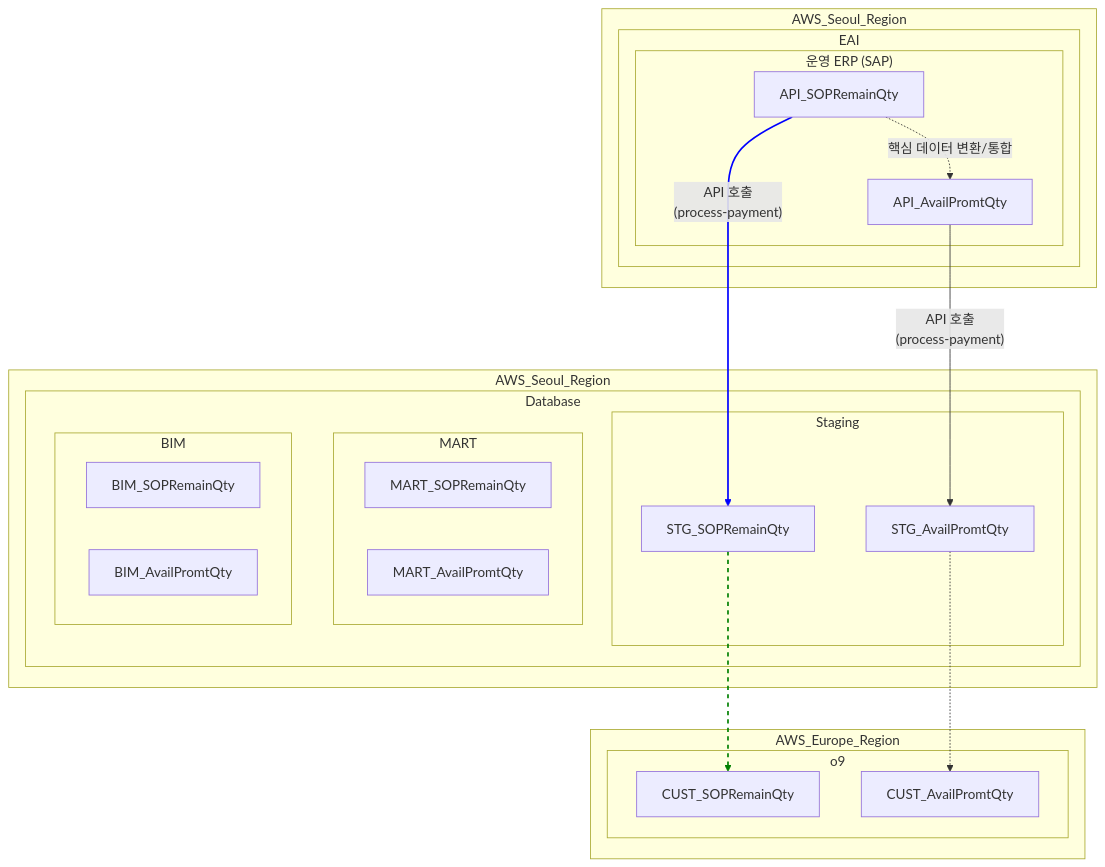
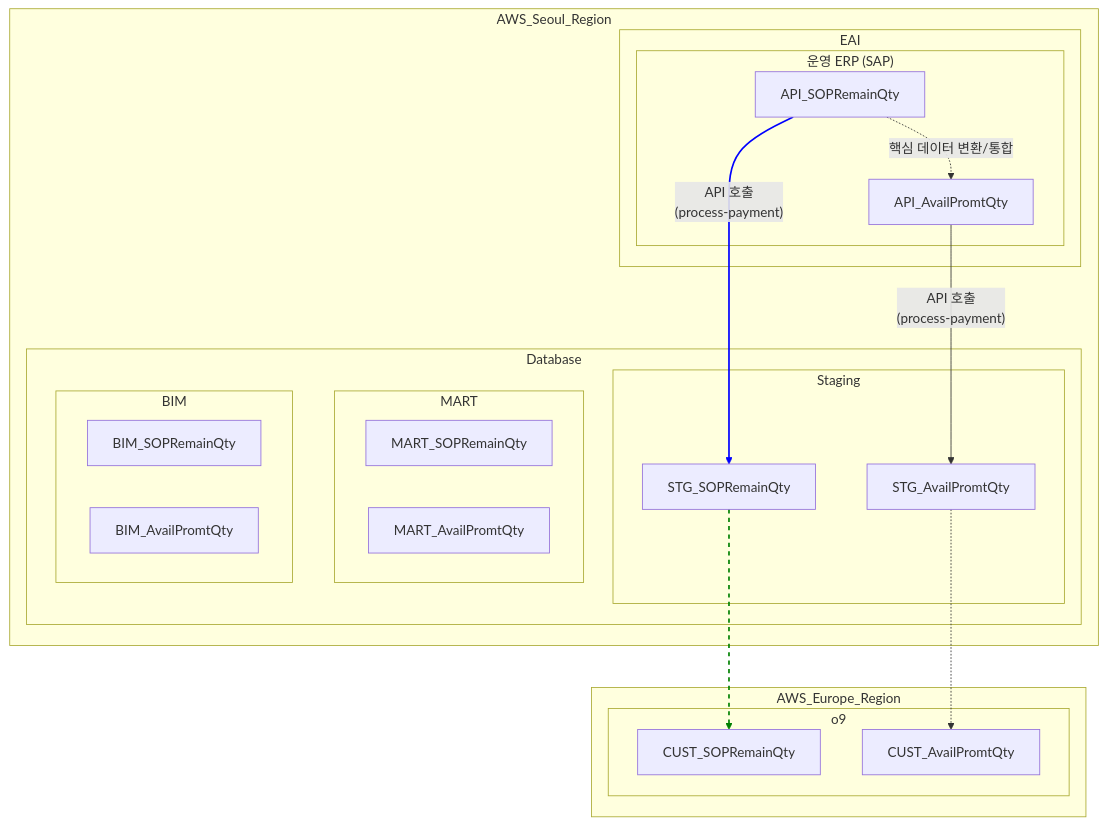
One commit to eugenekim-ds/train-mermaid changed the diagram in mmmm.mmd. Above: the diagram before and after it, drawn with Mermaid.

```diff
--- a/mmmm.mmd
+++ b/mmmm.mmd
@@ -1,54 +1,46 @@
 graph TD
-  subgraph subGraph7 ["AWS_Seoul_Region"]
-    subgraph EAI ["EAI"]
-      subgraph SAP ["운영 ERP (SAP)"]
-        APC37["API_SOPRemainQty"]
-        APC11["API_AvailPromtQty"]
-      end
-    end
-  end
-
+ 
   %% 다이어그램
   subgraph subGraph6 ["AWS_Seoul_Region"]
     subgraph EAI ["EAI"]
       subgraph SAP ["운영 ERP (SAP)"]
         APC37["API_SOPRemainQty"]
         APC11["API_AvailPromtQty"]
       end
     end
     subgraph Database ["Database"]
       subgraph Schema_Staging["Staging"]
         STG37["STG_SOPRemainQty"]
         STG11["STG_AvailPromtQty"]
       end
       subgraph Schema_MART ["MART"]
         MART37["MART_SOPRemainQty"]
         MART11["MART_AvailPromtQty"]
       end
       subgraph Schema_BIM ["BIM"]
         BIM37["BIM_SOPRemainQty"]
         BIM11["BIM_AvailPromtQty"]
       end
     end
   end
   subgraph subGraph8 ["AWS_Europe_Region"]
     subgraph o9 ["o9"]
       CUST37["CUST_SOPRemainQty"]
       CUST11["CUST_AvailPromtQty"]
     end
   end
 
   
 
   %% 스타일 0
   APC37 -- "API 호출<br>(process-payment)" --> STG37 -.-> CUST37
   APC11 -- "API 호출<br>(process-payment)" --> STG11 -.-> CUST11
 
   %% 스타일 1
   APC37 -. "핵심 데이터 변환/통합" .-> APC11
  
 
 
   %% 스타일 정의 (선택 사항)
   linkStyle 0 stroke:blue,stroke-width:2px;
   linkStyle 1 stroke:green,stroke-width:2px,stroke-dasharray: 5 5;
```
